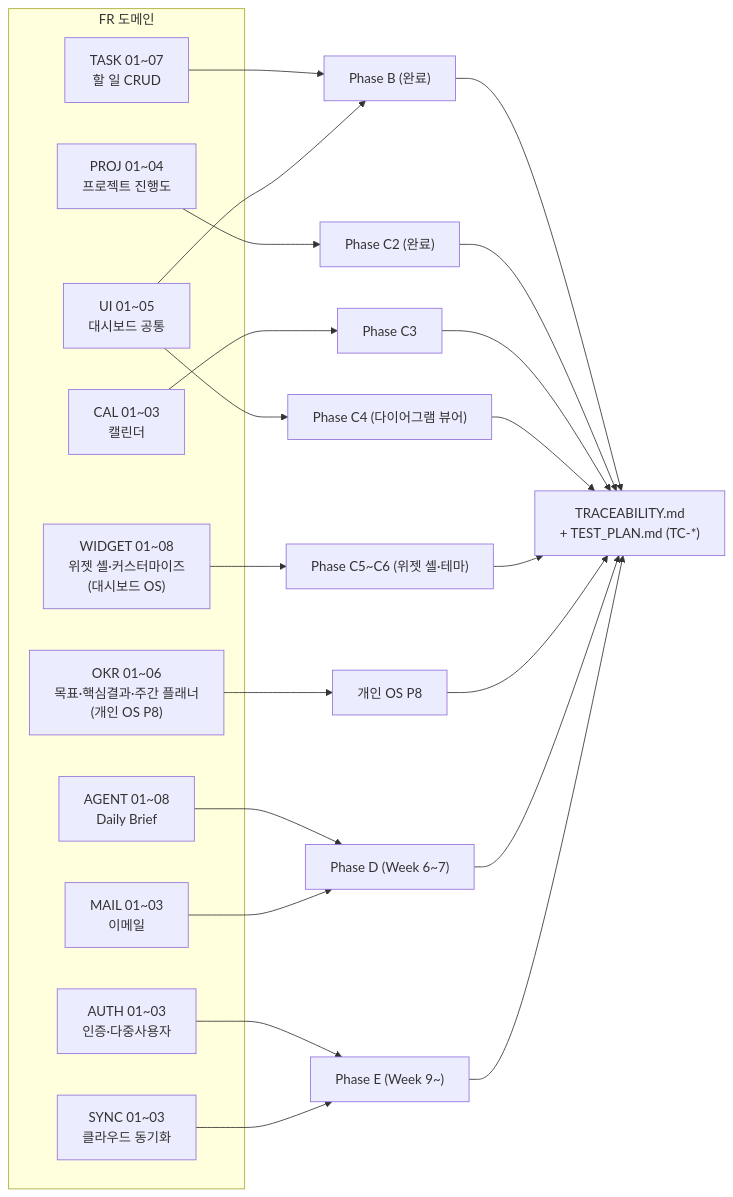
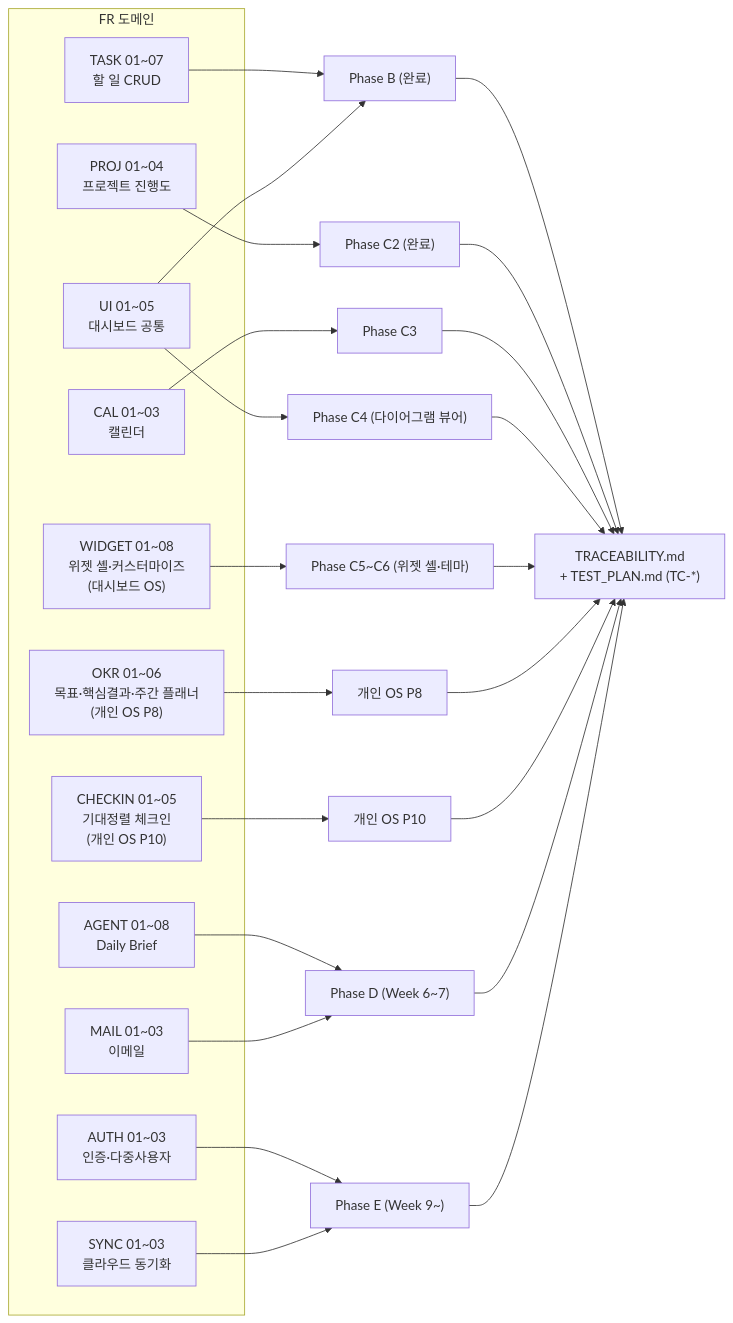
One commit to gamercross/my-setup-proj changed the diagram in docs/product/requirements/REQUIREMENTS_FUNCTIONAL.md. Above: the diagram before and after it, drawn with Mermaid. The commit also changed other lines of this file and 33 other files, not shown here.

First line of the commit message:
feat(checkin): 기대정렬 체크인 — 사용자 고유 자기 점검 7질문 기능화

````diff
--- a/docs/product/requirements/REQUIREMENTS_FUNCTIONAL.md
+++ b/docs/product/requirements/REQUIREMENTS_FUNCTIONAL.md
@@ -8,24 +8,26 @@
 ```mermaid
 flowchart LR
   subgraph DOM["FR 도메인"]
     TASK["TASK 01~07<br/>할 일 CRUD"]
     PROJ["PROJ 01~04<br/>프로젝트 진행도"]
     CAL["CAL 01~03<br/>캘린더"]
     MAIL["MAIL 01~03<br/>이메일"]
     AGENT["AGENT 01~08<br/>Daily Brief"]
     AUTH["AUTH 01~03<br/>인증·다중사용자"]
     SYNC["SYNC 01~03<br/>클라우드 동기화"]
     UI["UI 01~05<br/>대시보드 공통"]
     WIDGET["WIDGET 01~08<br/>위젯 셸·커스터마이즈<br/>(대시보드 OS)"]
     OKR["OKR 01~06<br/>목표·핵심결과·주간 플래너<br/>(개인 OS P8)"]
+    CHECKIN["CHECKIN 01~05<br/>기대정렬 체크인<br/>(개인 OS P10)"]
   end
   TASK & UI --> B["Phase B (완료)"]
   PROJ --> C2["Phase C2 (완료)"]
   CAL --> C3["Phase C3"]
   UI --> C4["Phase C4 (다이어그램 뷰어)"]
   WIDGET --> C5["Phase C5~C6 (위젯 셸·테마)"]
   OKR --> P8["개인 OS P8"]
+  CHECKIN --> P10["개인 OS P10"]
   AGENT & MAIL --> D["Phase D (Week 6~7)"]
   AUTH & SYNC --> E["Phase E (Week 9~)"]
-  B & C2 & C3 & C4 & C5 & P8 & D & E --> TR["TRACEABILITY.md<br/>+ TEST_PLAN.md (TC-*)"]
+  B & C2 & C3 & C4 & C5 & P8 & P10 & D & E --> TR["TRACEABILITY.md<br/>+ TEST_PLAN.md (TC-*)"]
 ```
````
